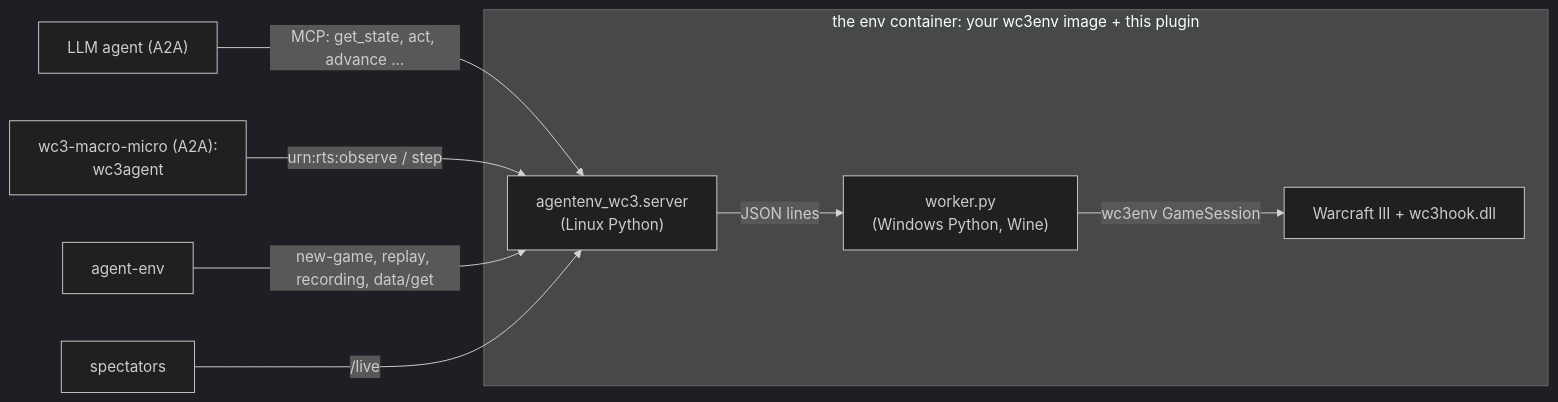
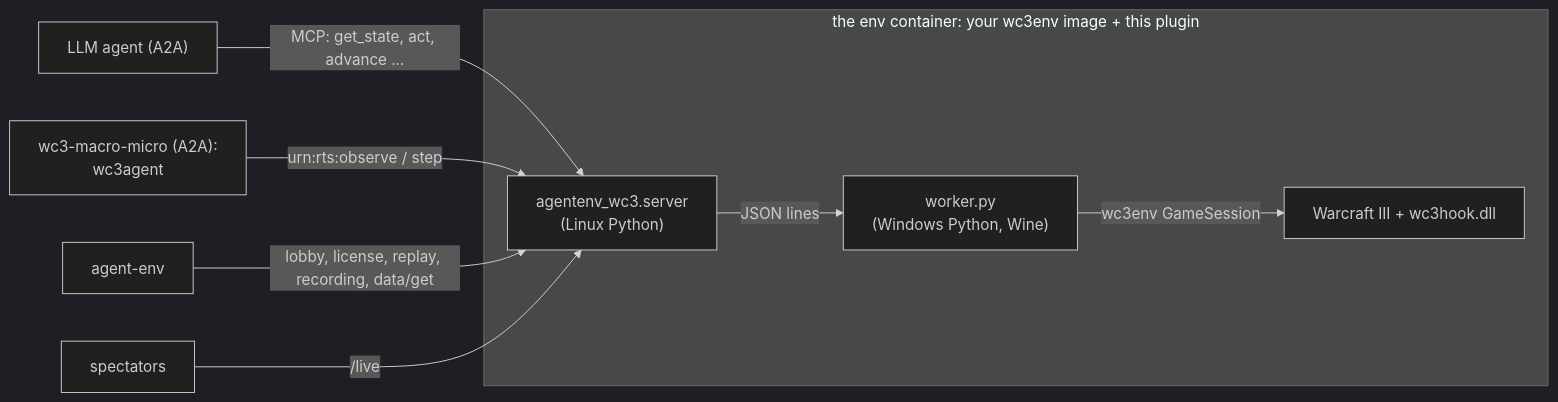
Before and after one commit to earakely-scale/agentenv-wc3-plugin: the diagram in README.md, drawn with Mermaid (dark theme). The commit also changed other lines of this file and 56 other files, not shown here.

First line of the commit message:
feat(lobby)!: players are the env's lobby slots (agentenv-game-env)

````diff
--- a/README.md
+++ b/README.md
@@ -593,11 +602,11 @@
 ```mermaid
 flowchart LR
     llm["LLM agent (A2A)"] -- "MCP: get_state, act, advance ..." --> server
     macro["wc3-macro-micro (A2A):<br/>wc3agent"] -- "urn:rts:observe / step" --> server
     subgraph env["the env container: your wc3env image + this plugin"]
         server["agentenv_wc3.server<br/>(Linux Python)"] -- "JSON lines" --> worker["worker.py<br/>(Windows Python, Wine)"]
         worker -- "wc3env GameSession" --> game["Warcraft III + wc3hook.dll"]
     end
-    runner["agent-env"] -- "new-game, replay, recording, data/get" --> server
+    runner["agent-env"] -- "lobby, license, replay, recording, data/get" --> server
     viewer["spectators"] -- "/live" --> server
 ```
````
